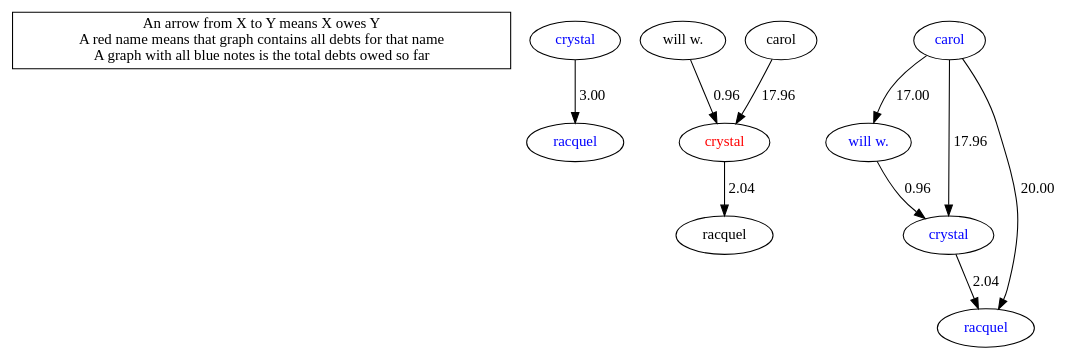
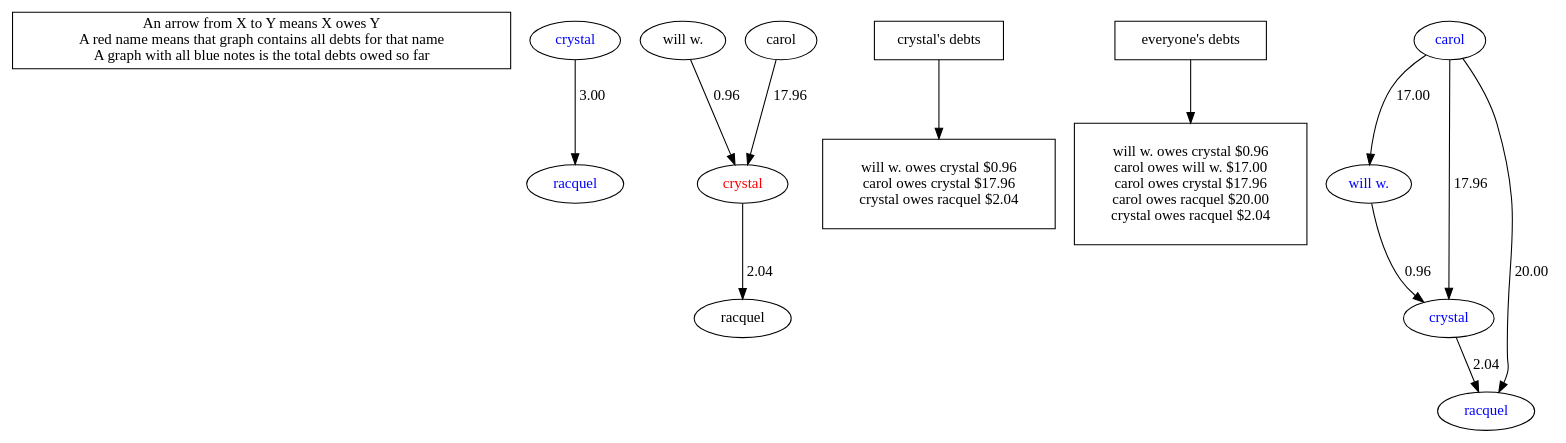
Before and after one commit to willywwang/CPSC-410-Project-1: the diagram in output.dot, drawn with Graphviz. The commit also changed 8 other files, not shown here.

```diff
--- a/output.dot
+++ b/output.dot
@@ -1,45 +1,61 @@
 digraph G{
 info [shape = box label="An arrow from X to Y means X owes Y 
  A red name means that graph contains all debts for that name
 A graph with all blue notes is the total debts owed so far"]
 1 [label = "crystal"];
 2 [label = "racquel"];
 1->2 [label = "3.00"];
 1 [fontcolor = "blue"];
 2 [fontcolor = "blue"];
 4 [label = "will w."];
 3 [label = "crystal"];
 4->3 [label = "0.96"];
 6 [label = "carol"];
 3 [label = "crystal"];
 6->3 [label = "17.96"];
 3 [label = "crystal"];
 8 [label = "racquel"];
 3->8 [label = "2.04"];
 3 [fontcolor = "red"];
+-1 [shape = box label ="crystal's debts"];
+-1.5 [shape = box label ="
+will w. owes crystal $0.96 
+ carol owes crystal $17.96 
+ crystal owes racquel $2.04 
+ "];
+-1->-1.5;
+-2 [shape = box label =" everyone's debts"];
+-2.5 [shape = box label ="
+will w. owes crystal $0.96 
+ carol owes will w. $17.00 
+ carol owes crystal $17.96 
+ carol owes racquel $20.00 
+ crystal owes racquel $2.04 
+ "];
+-2->-2.5;
 9 [label = "will w."];
 10 [label = "crystal"];
 9->10 [label = "0.96"];
 9 [fontcolor = "blue"];
 10 [fontcolor = "blue"];
 11 [label = "carol"];
 9 [label = "will w."];
 11->9 [label = "17.00"];
 11 [fontcolor = "blue"];
 9 [fontcolor = "blue"];
 11 [label = "carol"];
 10 [label = "crystal"];
 11->10 [label = "17.96"];
 11 [fontcolor = "blue"];
 10 [fontcolor = "blue"];
 11 [label = "carol"];
 12 [label = "racquel"];
 11->12 [label = "20.00"];
 11 [fontcolor = "blue"];
 12 [fontcolor = "blue"];
 10 [label = "crystal"];
 12 [label = "racquel"];
 10->12 [label = "2.04"];
 10 [fontcolor = "blue"];
 12 [fontcolor = "blue"];
 }
```
